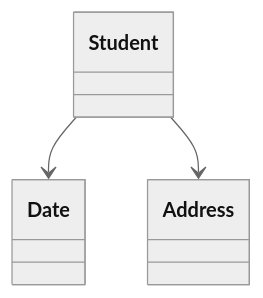
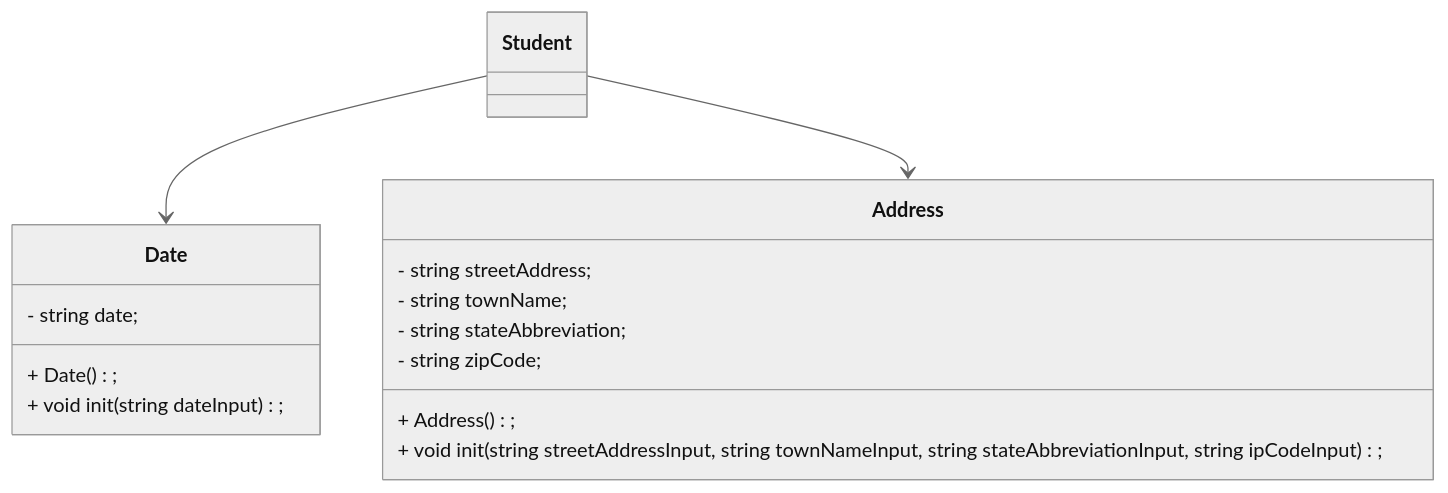
The diagram in README.md (fish-2122/CS121-Project-6-Heap-Of-Students), drawn with Mermaid (neutral theme) before and after one commit.

Commit message:
started mermaid

````diff
--- a/README.md
+++ b/README.md
@@ -3,18 +3,25 @@
 ```mermaid
 classDiagram
 
 class Date {
-
+    - string date;
+    + Date();
+    + void init(string dateInput);
 }
 
 class Address {
-
+    - string streetAddress;
+    - string townName;
+    - string stateAbbreviation;
+    - string zipCode;
+    + Address();
+    + void init(string streetAddressInput, string townNameInput, string stateAbbreviationInput, string ipCodeInput);
 }
 
 class Student {
 
 }
 
 Student --> Date
 Student --> Address
 ```
````
